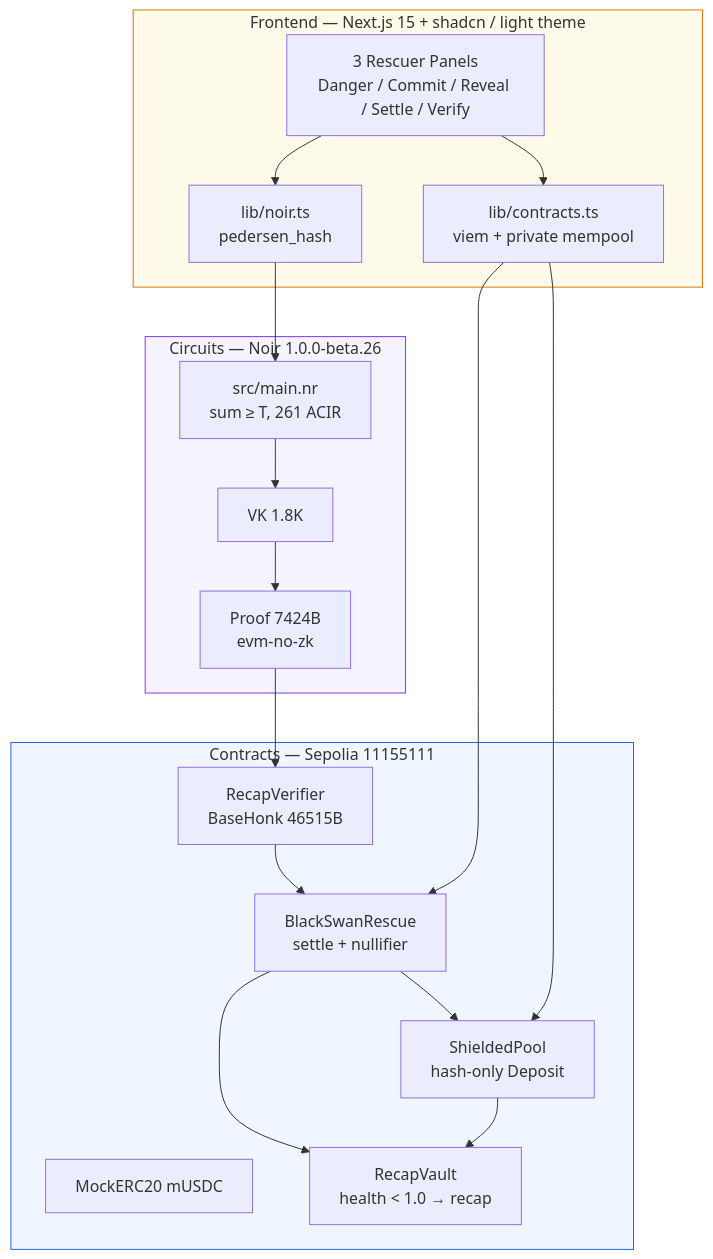
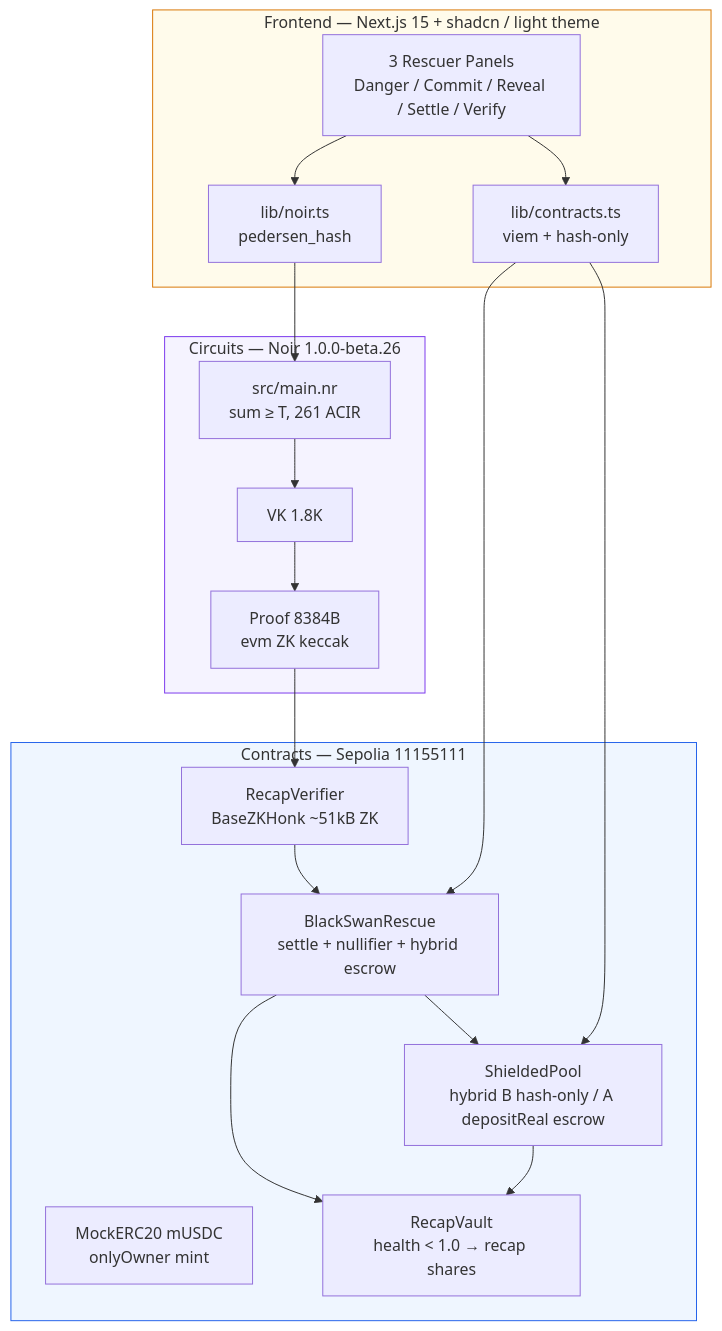
The third of 6 diagrams in README.md (sujalmh/blackswan-relay), drawn with Mermaid before and after one commit. The commit also changed other lines of this file and 7 other files, not shown here.

````diff
--- a/README.md
+++ b/README.md
@@ -75,34 +75,34 @@
 ```mermaid
 flowchart TB
   subgraph FE["Frontend — Next.js 15 + shadcn / light theme"]
     UI[3 Rescuer Panels<br/>Danger / Commit / Reveal / Settle / Verify]
     NoirLib[lib/noir.ts<br/>pedersen_hash]
-    ViemLib[lib/contracts.ts<br/>viem + private mempool]
+    ViemLib[lib/contracts.ts<br/>viem + hash-only]
   end
   subgraph Circuits["Circuits — Noir 1.0.0-beta.26"]
     CKT[src/main.nr<br/>sum ≥ T, 261 ACIR]
     VK[VK 1.8K]
-    PRF[Proof 7424B<br/>evm-no-zk]
+    PRF[Proof 8384B<br/>evm ZK keccak]
   end
   subgraph Chain["Contracts — Sepolia 11155111"]
-    ERC[MockERC20 mUSDC]
-    VAULT[RecapVault<br/>health < 1.0 → recap]
-    RESCUE[BlackSwanRescue<br/>settle + nullifier]
-    POOL[ShieldedPool<br/>hash-only Deposit]
-    VERIF[RecapVerifier<br/>BaseHonk 46515B]
+    ERC[MockERC20 mUSDC<br/>onlyOwner mint]
+    VAULT[RecapVault<br/>health < 1.0 → recap shares]
+    RESCUE[BlackSwanRescue<br/>settle + nullifier + hybrid escrow]
+    POOL[ShieldedPool<br/>hybrid B hash-only / A depositReal escrow]
+    VERIF[RecapVerifier<br/>BaseZKHonk ~51kB ZK]
   end
 
   UI --> NoirLib
   UI --> ViemLib
   NoirLib --> CKT
   CKT --> VK --> PRF
   PRF --> VERIF --> RESCUE
   ViemLib --> RESCUE
   ViemLib --> POOL
   RESCUE --> VAULT
   RESCUE --> POOL --> VAULT
 
   style FE fill:#FFFBEB,stroke:#D97706
   style Circuits fill:#F5F3FF,stroke:#7C3AED
   style Chain fill:#EFF6FF,stroke:#2563EB
 ```
````
